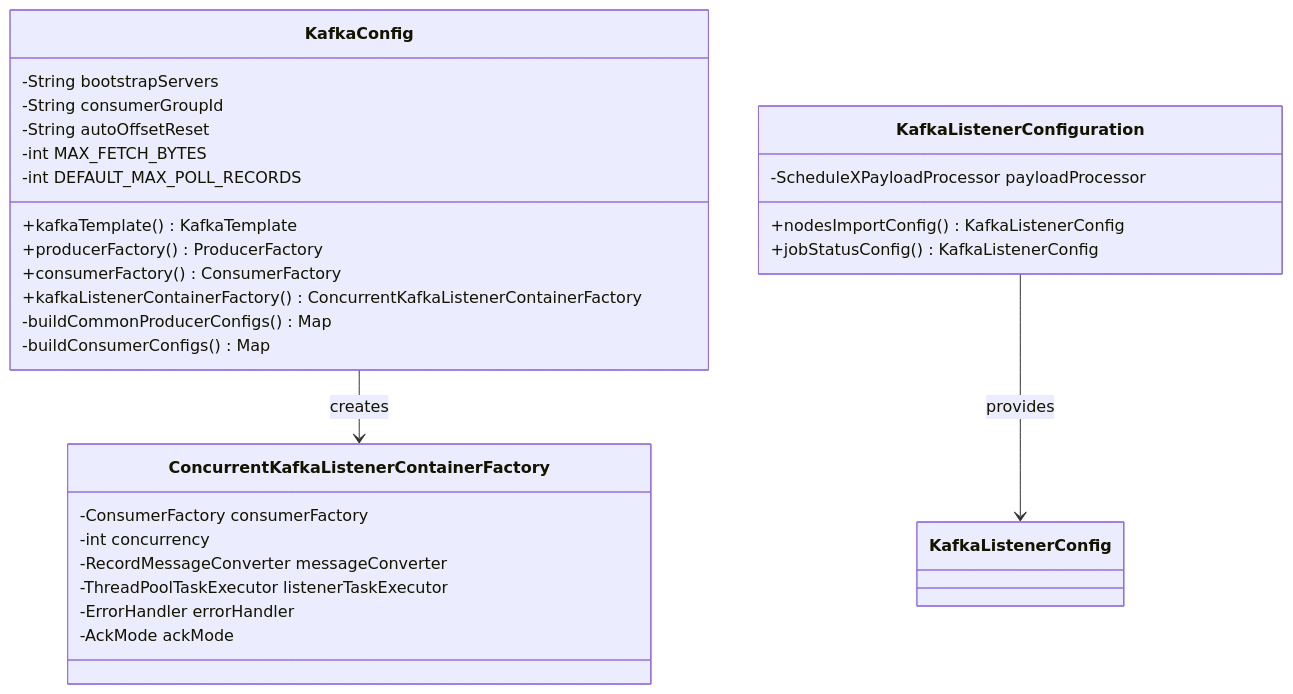
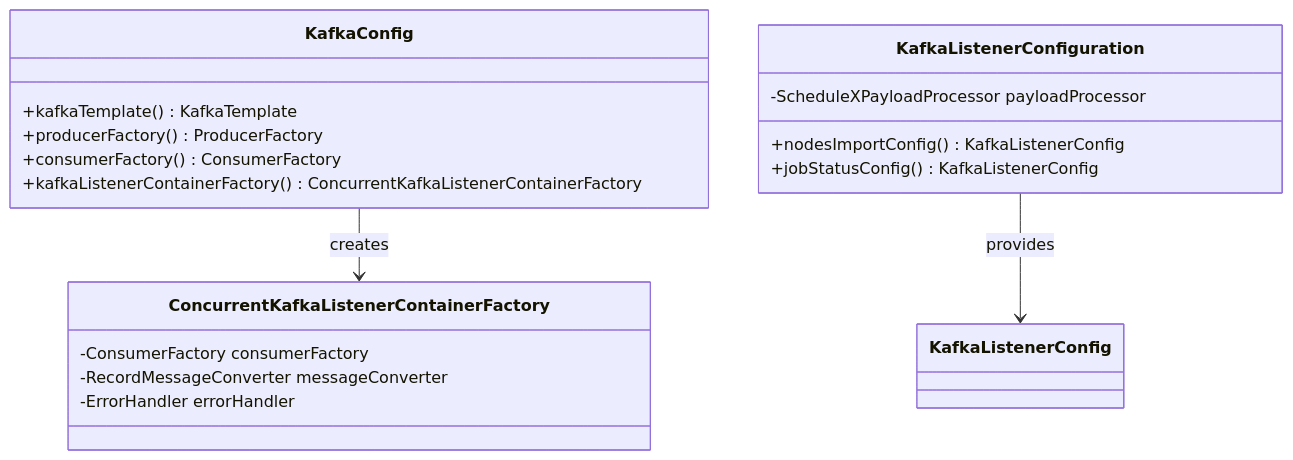
Before and after one commit to kagit00/schedule_x: diagram 13 of 27 in docs/Low Level Designs/NodesImport.md, drawn with Mermaid. The commit also changed other lines of this file and 7 other files, not shown here.

````diff
--- a/docs/Low Level Designs/NodesImport.md
+++ b/docs/Low Level Designs/NodesImport.md
@@ -656,34 +594,24 @@
 ```mermaid
 classDiagram
     class KafkaConfig {
-        -String bootstrapServers
-        -String consumerGroupId
-        -String autoOffsetReset
-        -int MAX_FETCH_BYTES
-        -int DEFAULT_MAX_POLL_RECORDS
         +kafkaTemplate() KafkaTemplate
         +producerFactory() ProducerFactory
         +consumerFactory() ConsumerFactory
         +kafkaListenerContainerFactory() ConcurrentKafkaListenerContainerFactory
-        -buildCommonProducerConfigs() Map
-        -buildConsumerConfigs() Map
     }
     
     class KafkaListenerConfiguration {
         -ScheduleXPayloadProcessor payloadProcessor
         +nodesImportConfig() KafkaListenerConfig
         +jobStatusConfig() KafkaListenerConfig
     }
     
     class ConcurrentKafkaListenerContainerFactory {
         -ConsumerFactory consumerFactory
-        -int concurrency
         -RecordMessageConverter messageConverter
-        -ThreadPoolTaskExecutor listenerTaskExecutor
         -ErrorHandler errorHandler
-        -AckMode ackMode
     }
     
     KafkaConfig --> ConcurrentKafkaListenerContainerFactory : creates
     KafkaListenerConfiguration --> KafkaListenerConfig : provides
 ```
````
